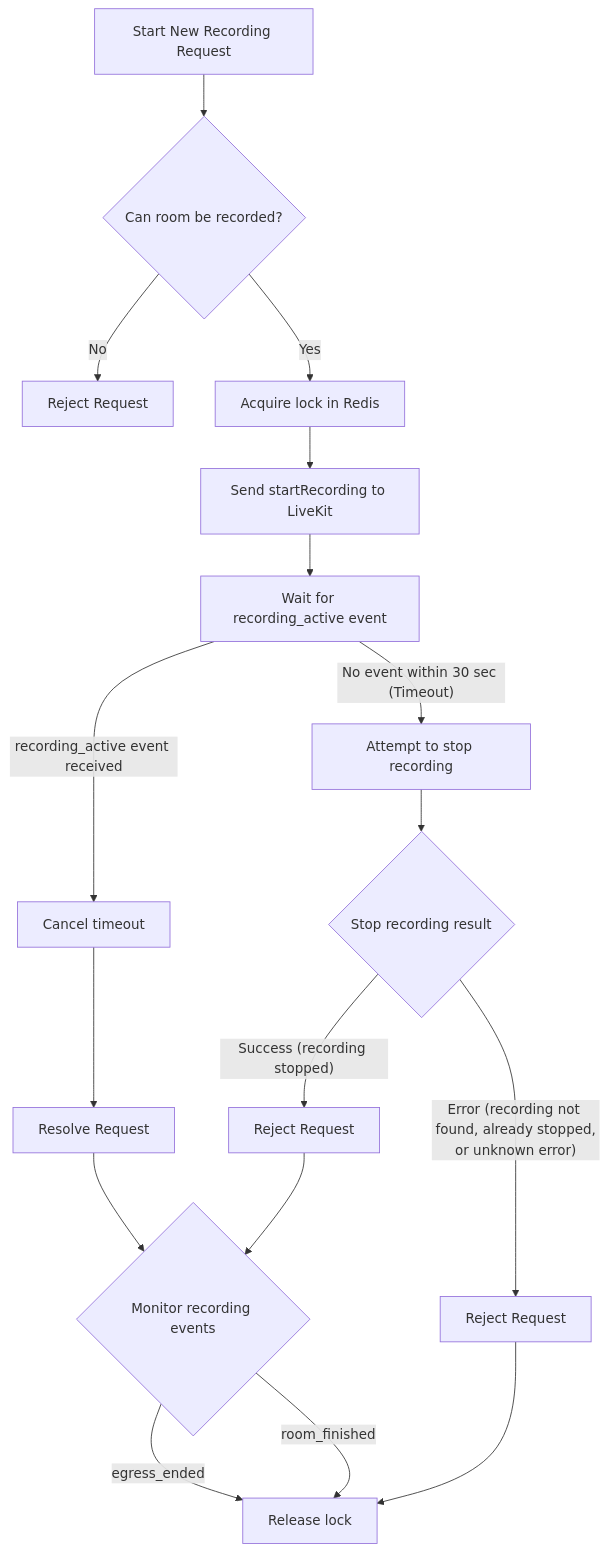
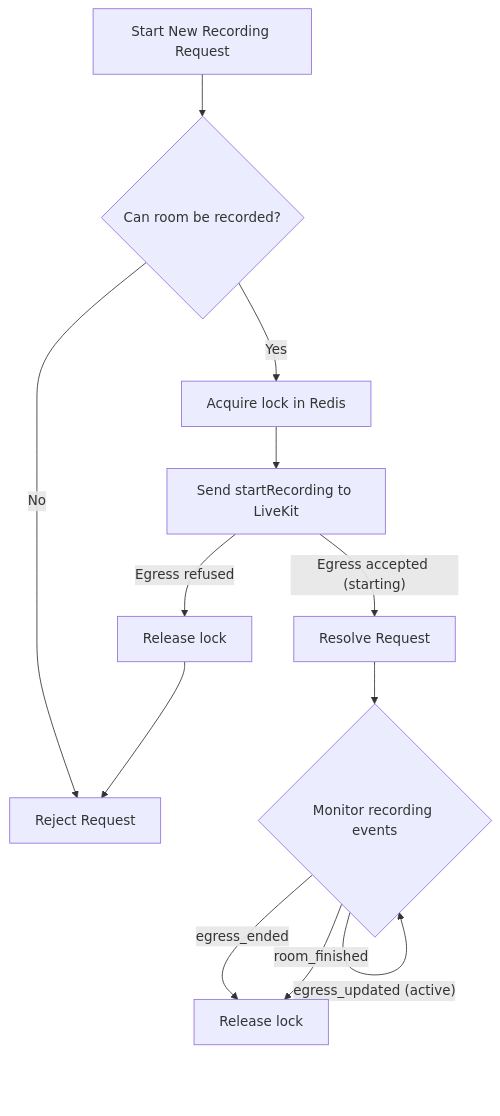
One commit to OpenVidu/openvidu-meet changed the first of 3 diagrams in meet-ce/backend/README.md. Above: the diagram before and after it, drawn with Mermaid. The commit also changed other lines of this file and 620 other files, not shown here.

````diff
--- a/meet-ce/backend/README.md
+++ b/meet-ce/backend/README.md
@@ -178,20 +178,12 @@
 ```mermaid
 flowchart TD
   A["Start New Recording Request"] --> B{"Can room be recorded?"}
   B -- No --> C["Reject Request"]
   B -- Yes --> D["Acquire lock in Redis"]
   D --> E["Send startRecording to LiveKit"]
-  E --> F["Wait for recording_active event"]
-
-  %% Branch for recording_active event
-  F -- "recording_active event received" --> G["Cancel timeout"]
-  G --> I["Resolve Request"] --> H{"Monitor recording events"}
+  E -- "Egress refused" --> F["Release lock"] --> C
+  E -- "Egress accepted (starting)" --> G["Resolve Request"] --> H{"Monitor recording events"}
+  H -- "egress_updated (active)" --> H
   H -- "egress_ended" --> J["Release lock"]
   H -- "room_finished" --> J["Release lock"]
-
-  %% Branch: Timeout
-  F -- "No event within 30 sec (Timeout)" --> K["Attempt to stop recording"]
-  K --> L{"Stop recording result"}
-  L -- "Success (recording stopped)" --> N["Reject Request"] --> H
-  L -- "Error (recording not found, already stopped,\nor unknown error)" --> O["Reject Request"] --> J
 ```
````
